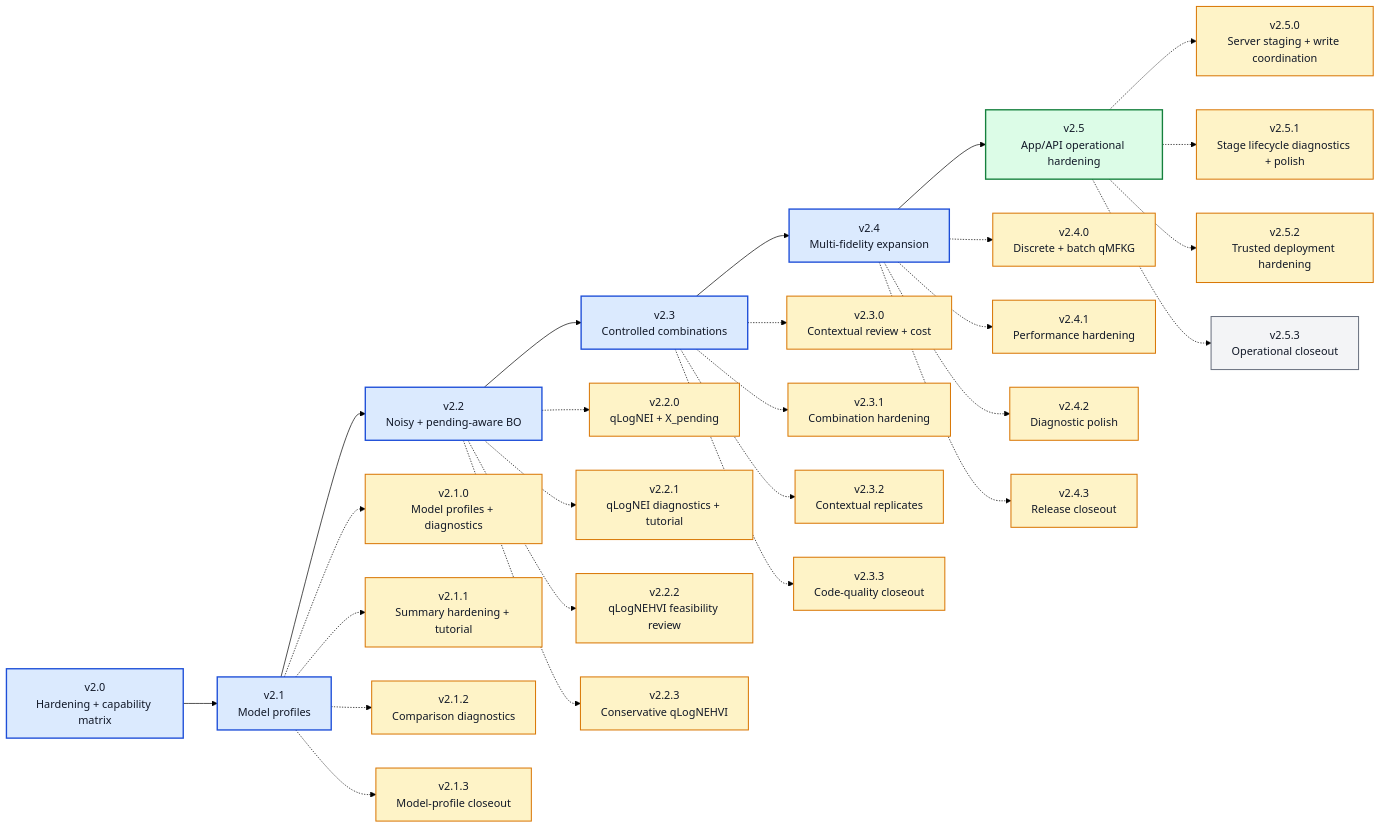
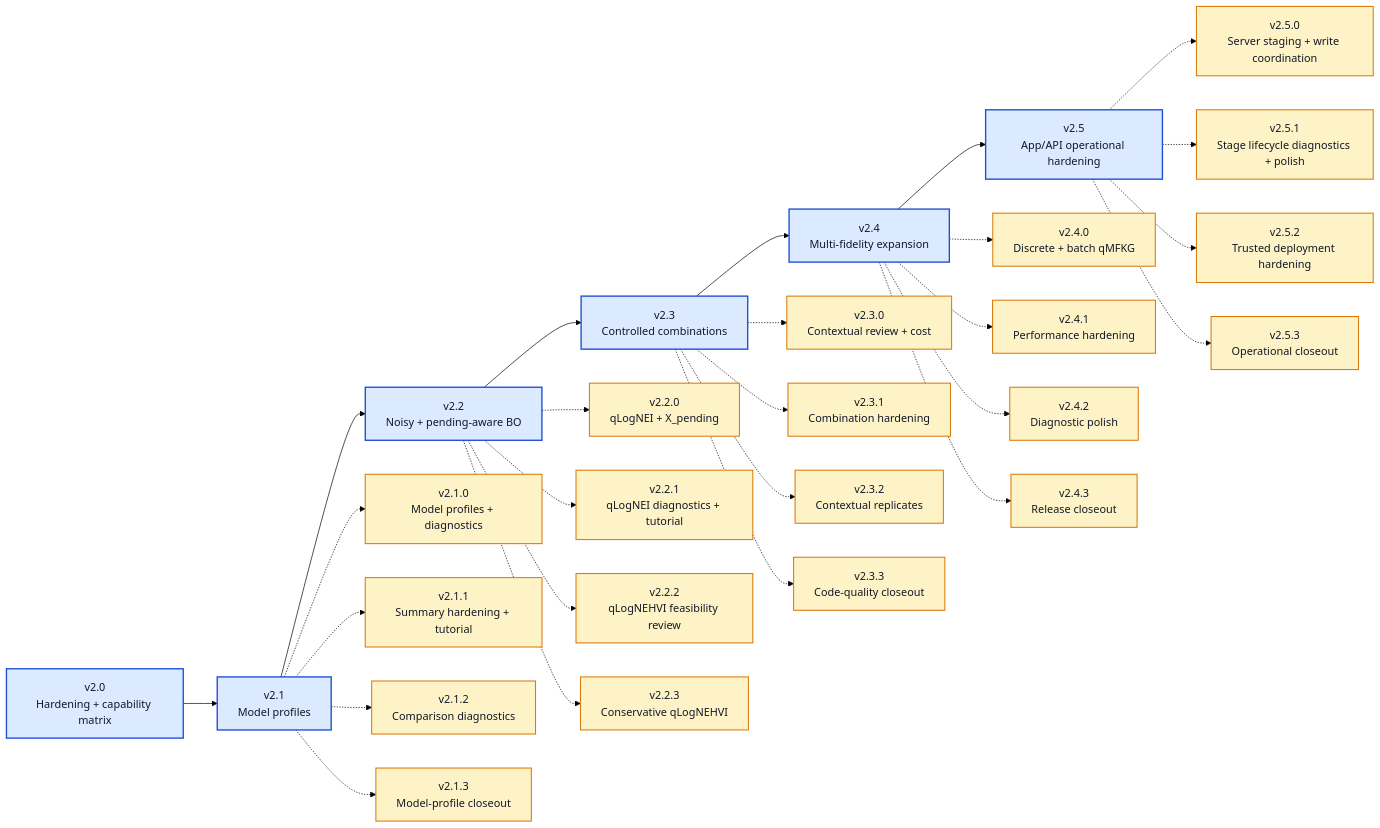
Before and after one commit to angzeli/bo-forge: the diagram in ROADMAP_V2_X.md, drawn with Mermaid (forest theme). The commit also changed other lines of this file and 25 other files, not shown here.

````diff
--- a/ROADMAP_V2_X.md
+++ b/ROADMAP_V2_X.md
@@ -14,62 +14,60 @@
 ```mermaid
 flowchart LR
     v20["v2.0<br/>Hardening + capability matrix"] --> v21["v2.1<br/>Model profiles"] --> v22["v2.2<br/>Noisy + pending-aware BO"] --> v23["v2.3<br/>Controlled combinations"] --> v24["v2.4<br/>Multi-fidelity expansion"] --> v25["v2.5<br/>App/API operational hardening"]
 
     v210["v2.1.0<br/>Model profiles + diagnostics"]
     v211["v2.1.1<br/>Summary hardening + tutorial"]
     v212["v2.1.2<br/>Comparison diagnostics"]
     v213["v2.1.3<br/>Model-profile closeout"]
     v220["v2.2.0<br/>qLogNEI + X_pending"]
     v221["v2.2.1<br/>qLogNEI diagnostics + tutorial"]
     v222["v2.2.2<br/>qLogNEHVI feasibility review"]
     v223["v2.2.3<br/>Conservative qLogNEHVI"]
     v230["v2.3.0<br/>Contextual review + cost"]
     v231["v2.3.1<br/>Combination hardening"]
     v232["v2.3.2<br/>Contextual replicates"]
     v233["v2.3.3<br/>Code-quality closeout"]
     v240["v2.4.0<br/>Discrete + batch qMFKG"]
     v241["v2.4.1<br/>Performance hardening"]
     v242["v2.4.2<br/>Diagnostic polish"]
     v243["v2.4.3<br/>Release closeout"]
     v250["v2.5.0<br/>Server staging + write coordination"]
     v251["v2.5.1<br/>Stage lifecycle diagnostics + polish"]
     v252["v2.5.2<br/>Trusted deployment hardening"]
     v253["v2.5.3<br/>Operational closeout"]
 
     v21 -.-> v210
     v21 -.-> v211
     v21 -.-> v212
     v21 -.-> v213
     v22 -.-> v220
     v22 -.-> v221
     v22 -.-> v222
     v22 -.-> v223
     v23 -.-> v230
     v23 -.-> v231
     v23 -.-> v232
     v23 -.-> v233
     v24 -.-> v240
     v24 -.-> v241
     v24 -.-> v242
     v24 -.-> v243
     v25 -.-> v250
     v25 -.-> v251
     v25 -.-> v252
     v25 -.-> v253
 
-    class v20,v21,v22,v23,v24 majorDone
-    class v25 majorActive
+    class v20,v21,v22,v23,v24,v25 majorDone
     class v210,v211,v212,v213 patchDone
     class v220,v221,v222,v223 patchDone
     class v230,v231,v232,v233 patchDone
     class v240,v241,v242,v243 patchDone
-    class v250,v251,v252 patchDone
-    class v253 patchFuture
+    class v250,v251,v252,v253 patchDone
 
     classDef majorDone fill:#dbeafe,stroke:#1d4ed8,stroke-width:2px,color:#111827;
     classDef majorActive fill:#dcfce7,stroke:#15803d,stroke-width:2px,color:#111827;
     classDef majorFuture fill:#f3f4f6,stroke:#6b7280,stroke-width:2px,color:#111827;
     classDef patchDone fill:#fef3c7,stroke:#d97706,stroke-width:1.5px,color:#111827;
     classDef patchActive fill:#dcfce7,stroke:#15803d,stroke-width:1.5px,color:#111827;
     classDef patchFuture fill:#f3f4f6,stroke:#6b7280,stroke-width:1.5px,color:#111827;
 ```
````
